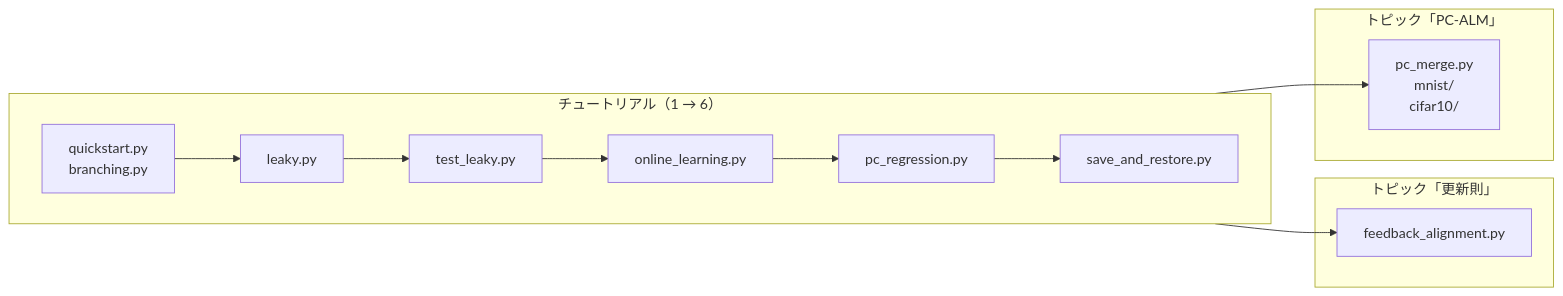
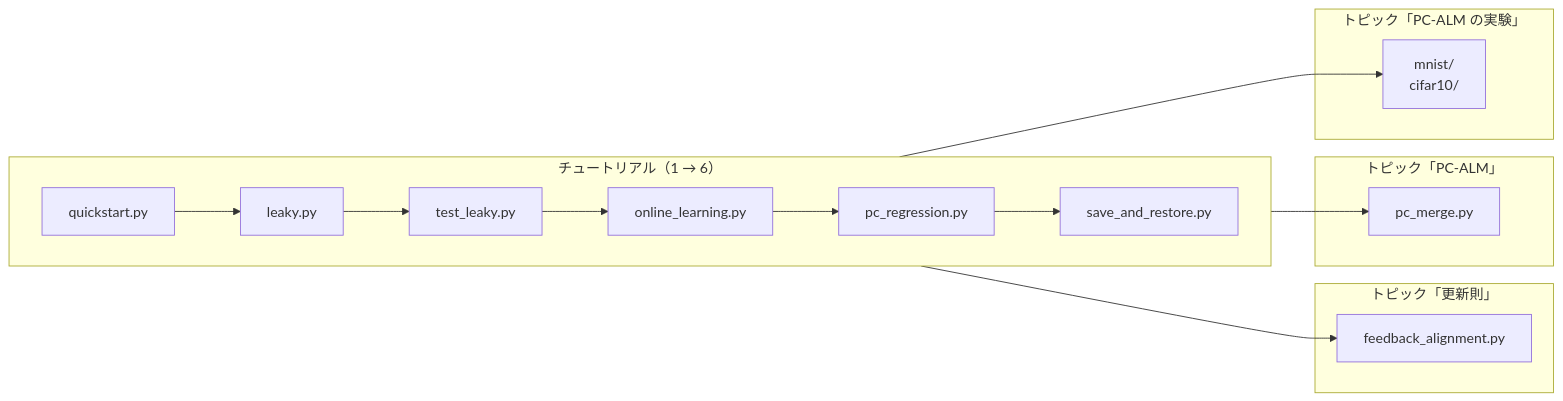
One commit to Geson-anko/mujou changed the diagram in docs/ja/examples.md. Above: the diagram before and after it, drawn with Mermaid. The commit also changed other lines of this file and 49 other files, not shown here.

````diff
--- a/docs/ja/examples.md
+++ b/docs/ja/examples.md
@@ -7,15 +5,19 @@
 ```mermaid
 flowchart LR
     subgraph T["チュートリアル（1 → 6）"]
         direction LR
-        q["quickstart.py<br>branching.py"] --> l["leaky.py"] --> t["test_leaky.py"] --> o["online_learning.py"] --> p["pc_regression.py"] --> s["save_and_restore.py"]
+        q["quickstart.py"] --> l["leaky.py"] --> t["test_leaky.py"] --> o["online_learning.py"] --> p["pc_regression.py"] --> s["save_and_restore.py"]
     end
     subgraph U["トピック「更新則」"]
         f["feedback_alignment.py"]
     end
     subgraph P["トピック「PC-ALM」"]
-        m["pc_merge.py<br>mnist/<br>cifar10/"]
+        m["pc_merge.py"]
+    end
+    subgraph B["トピック「PC-ALM の実験」"]
+        b["mnist/<br>cifar10/"]
     end
     o --> f
     p --> m
+    p --> b
 ```
````
